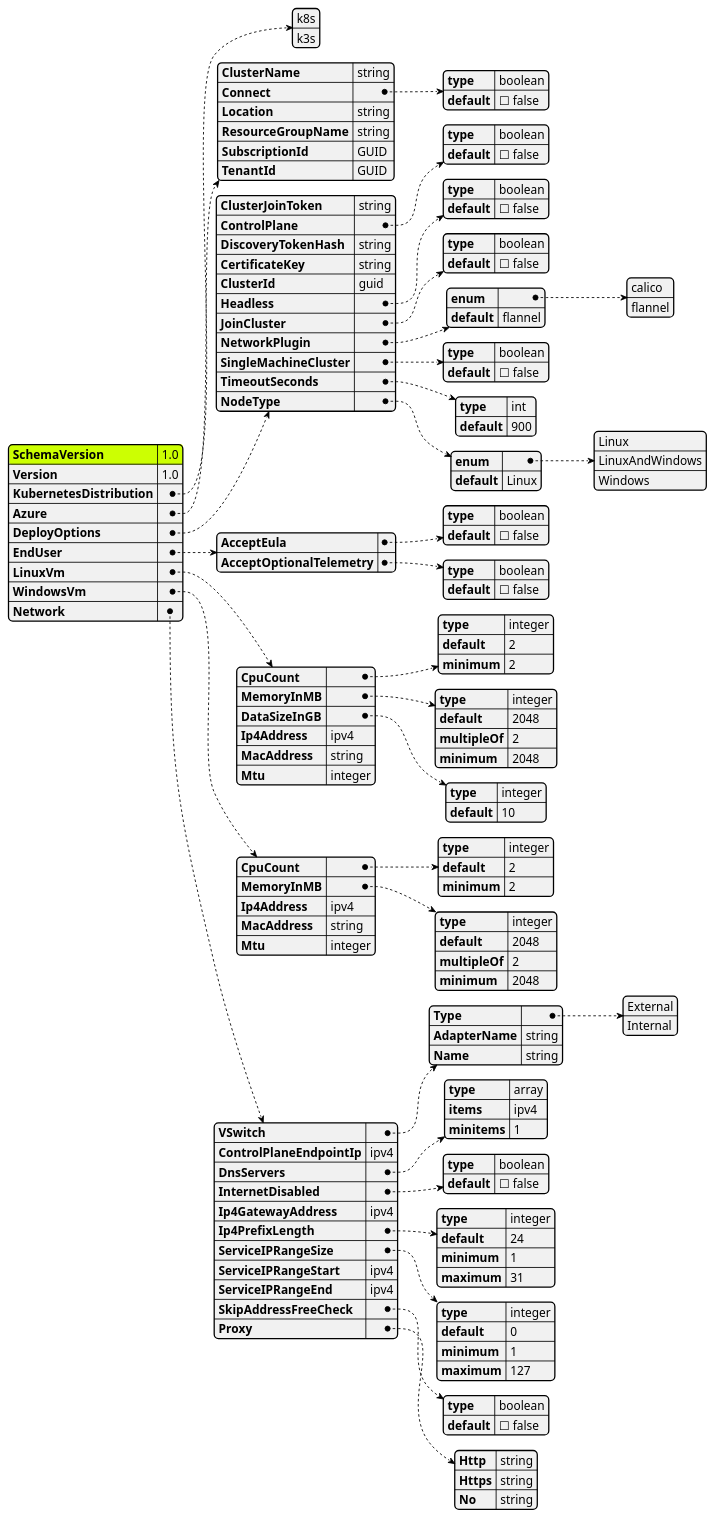
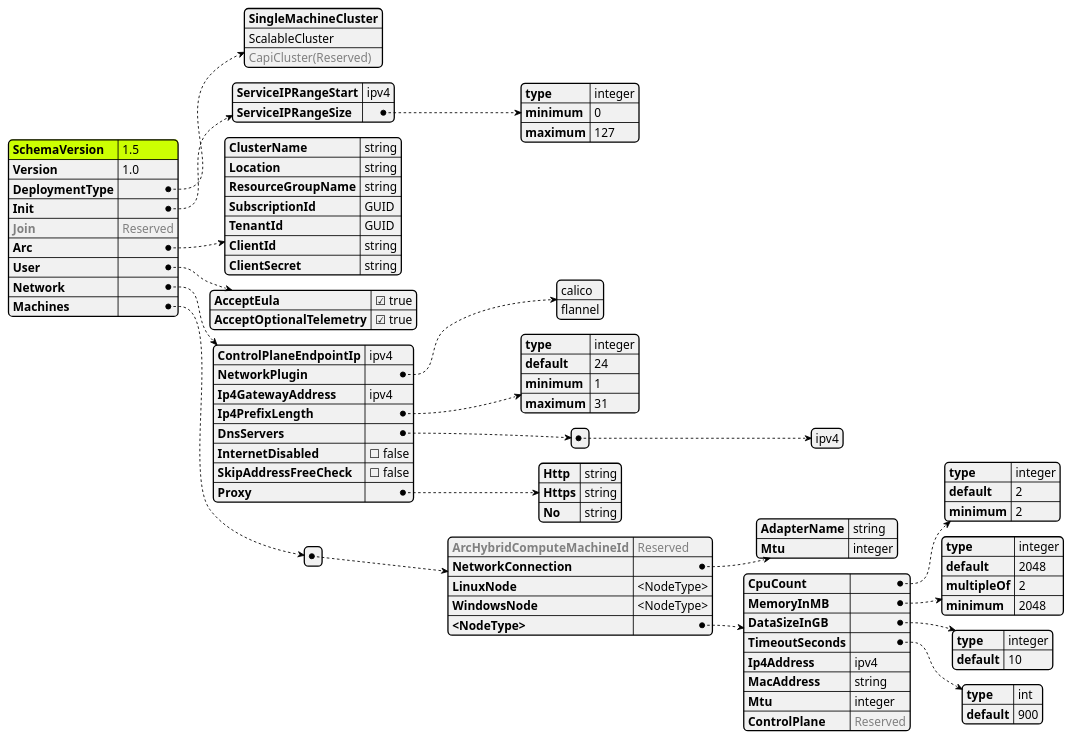
The diagram in tools/modules/AksEdgeDeploy/aksedge-dc.puml (Azure/AKS-Edge), drawn with PlantUML before and after one commit. The commit also changed 4 other files, not shown here.

```diff
--- a/tools/modules/AksEdgeDeploy/aksedge-dc.puml
+++ b/tools/modules/AksEdgeDeploy/aksedge-dc.puml
@@ -1,177 +1,114 @@
 @startjson AksEdgeSchema
 <style>
 jsonDiagram {
     node {
-        FontName Segoe UI SemiBold
+        FontName Segoe UI
         FontColor blue
         FontSize 14
         RoundCorner 10
         LineThickness 1
         separator {
             LineThickness 0.25
             LineColor black
         }
     }
     arrow {
         LineColor blue
         LineThickness 1
         LineStyle 2;5
     }
     highlight {
         BackgroundColor Blue
         FontColor White
     }
 }
 </style>
 #highlight "SchemaVersion"
 {
-    "SchemaVersion": "1.0",
+    "SchemaVersion": "1.5",
     "Version": "1.0",
-    "KubernetesDistribution": [
-        "k8s",
-        "k3s"
+    "DeploymentType": [
+            "**SingleMachineCluster**",
+            "ScalableCluster",
+            "<color:gray>CapiCluster(Reserved)"
     ],
-    "Azure": {
+    "Init": {
+        "ServiceIPRangeStart": "ipv4",
+        "ServiceIPRangeSize": {
+            "type": "integer",
+            "minimum" : 0,
+            "maximum" : 127
+        }
+    },
+    "<color:gray>Join":"<color:gray>Reserved",
+    "Arc": {
         "ClusterName": "string",
-        "Connect": {
-            "type": "boolean",
-            "default": false
-        },
         "Location": "string",
         "ResourceGroupName": "string",
         "SubscriptionId": "GUID",
-        "TenantId": "GUID"
+        "TenantId": "GUID",
+        "ClientId": "string",
+        "ClientSecret": "string"
     },
-    "DeployOptions": {
-        "ClusterJoinToken": "string",
-        "ControlPlane": {
-            "type": "boolean",
-            "default": false
-        },
-        "DiscoveryTokenHash": "string",
-        "CertificateKey": "string",
-        "ClusterId": "guid",
-        "Headless": {
-            "type": "boolean",
-            "default": false
-        },
-        "JoinCluster": {
-            "type": "boolean",
-            "default": false
-        },
-        "NetworkPlugin": {
-            "enum": [
+    "User": {
+        "AcceptEula": true,
+        "AcceptOptionalTelemetry": true
+    },
+    "Network": {
+        "ControlPlaneEndpointIp": "ipv4",
+        "NetworkPlugin": [
                 "calico",
                 "flannel"
-            ],
-            "default": "flannel"
-        },
-        "SingleMachineCluster": {
-            "type": "boolean",
-            "default": false
-        },
-        "TimeoutSeconds": {
-            "type": "int",
-            "default": 900
-        },
-        "NodeType": {
-            "enum": [
-                "Linux",
-                "LinuxAndWindows",
-                "Windows"
-            ],
-            "default": "Linux"
-        }
-    },
-    "EndUser": {
-        "AcceptEula": {
-            "type": "boolean",
-            "default": false
-        },
-        "AcceptOptionalTelemetry": {
-            "type": "boolean",
-            "default": false
-        }
-    },
-    "LinuxVm": {
-        "CpuCount": {
-            "type": "integer",
-            "default": 2,
-            "minimum": 2
-        },
-        "MemoryInMB": {
-            "type": "integer",
-            "default": 2048,
-            "multipleOf": 2,
-            "minimum": 2048
-        },
-        "DataSizeInGB": {
-            "type": "integer",
-            "default": 10
-        },
-        "Ip4Address": "ipv4",
-        "MacAddress": "string",
-        "Mtu": "integer"
-    },
-    "WindowsVm": {
-        "CpuCount": {
-            "type": "integer",
-            "default": 2,
-            "minimum": 2
-        },
-        "MemoryInMB": {
-            "type": "integer",
-            "default": 2048,
-            "multipleOf": 2,
-            "minimum": 2048
-        },
-        "Ip4Address": "ipv4",
-        "MacAddress": "string",
-        "Mtu": "integer"
-    },
-    "Network": {
-        "VSwitch": {
-            "Type": [
-                "External",
-                "Internal"
-            ],
-            "AdapterName": "string",
-            "Name": "string"
-        },
-        "ControlPlaneEndpointIp": "ipv4",
-        "DnsServers": {
-            "type": "array",
-            "items": "ipv4",
-            "minitems": 1
-        },
-        "InternetDisabled": {
-            "type": "boolean",
-            "default": false
-        },
+        ],
         "Ip4GatewayAddress": "ipv4",
         "Ip4PrefixLength": {
             "type": "integer",
             "default": 24,
             "minimum": 1,
             "maximum": 31
         },
-        "ServiceIPRangeSize": {
-            "type": "integer",
-            "default": 0,
-            "minimum": 1,
-            "maximum": 127
-        },
-        "ServiceIPRangeStart": "ipv4",
-        "ServiceIPRangeEnd": "ipv4",
-        "SkipAddressFreeCheck": {
-            "type": "boolean",
-            "default": false
-        },
+        "DnsServers": [["ipv4"]],
+        "InternetDisabled": false,
+        "SkipAddressFreeCheck":false,
         "Proxy": {
             "Http":"string",
             "Https":"string",
             "No":"string"
         }
-    }
+    },
+    "Machines":[{
+        "<color:gray>ArcHybridComputeMachineId":"<color:gray>Reserved",
+        "NetworkConnection":{
+            "AdapterName":"string",
+            "Mtu":"integer"
+        },
+        "LinuxNode":"<NodeType>",
+        "WindowsNode":"<NodeType>",
+        "<NodeType>":{
+            "CpuCount": {
+                "type": "integer",
+                "default": 2,
+                "minimum": 2
+            },
+            "MemoryInMB": {
+                "type": "integer",
+                "default": 2048,
+                "multipleOf": 2,
+                "minimum": 2048
+            },
+            "DataSizeInGB": {
+                "type": "integer",
+                "default": 10
+            },
+            "TimeoutSeconds": {
+                "type": "int",
+                "default": 900
+            },
+            "Ip4Address": "ipv4",
+            "MacAddress": "string",
+            "Mtu": "integer",
+            "ControlPlane" : "<color:gray>Reserved"
+        }
+    }]
 }
 @endjson
```
